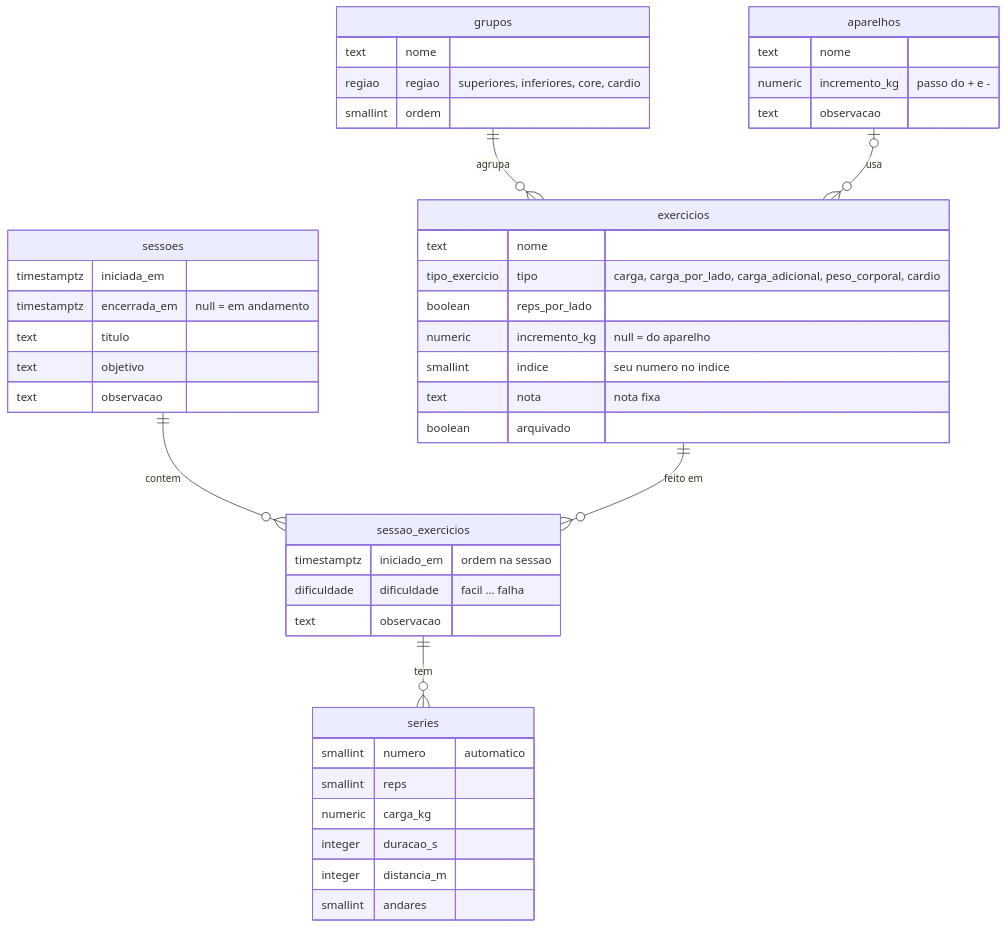
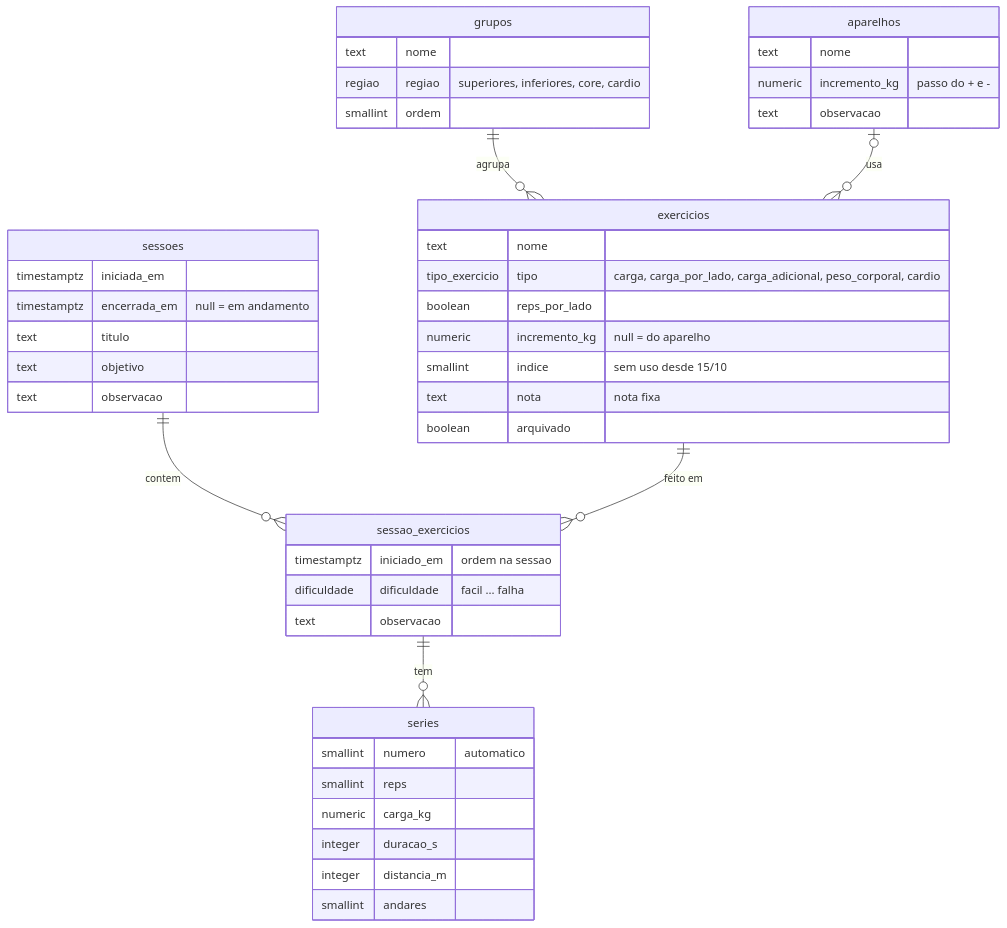
The diagram in docs/PLANO.md (rodrigorgarcia/treino), drawn with Mermaid before and after one commit. The commit also changed other lines of this file and 5 other files, not shown here.

````diff
--- a/docs/PLANO.md
+++ b/docs/PLANO.md
@@ -159,48 +159,48 @@
 ```mermaid
 erDiagram
   grupos ||--o{ exercicios : agrupa
   aparelhos |o--o{ exercicios : usa
   sessoes ||--o{ sessao_exercicios : contem
   exercicios ||--o{ sessao_exercicios : "feito em"
   sessao_exercicios ||--o{ series : tem
 
   grupos {
     text nome
     regiao regiao "superiores, inferiores, core, cardio"
     smallint ordem
   }
   aparelhos {
     text nome
     numeric incremento_kg "passo do + e -"
     text observacao
   }
   exercicios {
     text nome
     tipo_exercicio tipo "carga, carga_por_lado, carga_adicional, peso_corporal, cardio"
     boolean reps_por_lado
     numeric incremento_kg "null = do aparelho"
-    smallint indice "seu numero no indice"
+    smallint indice "sem uso desde 15/10"
     text nota "nota fixa"
     boolean arquivado
   }
   sessoes {
     timestamptz iniciada_em
     timestamptz encerrada_em "null = em andamento"
     text titulo
     text objetivo
     text observacao
   }
   sessao_exercicios {
     timestamptz iniciado_em "ordem na sessao"
     dificuldade dificuldade "facil ... falha"
     text observacao
   }
   series {
     smallint numero "automatico"
     smallint reps
     numeric carga_kg
     integer duracao_s
     integer distancia_m
     smallint andares
   }
 ```
````
